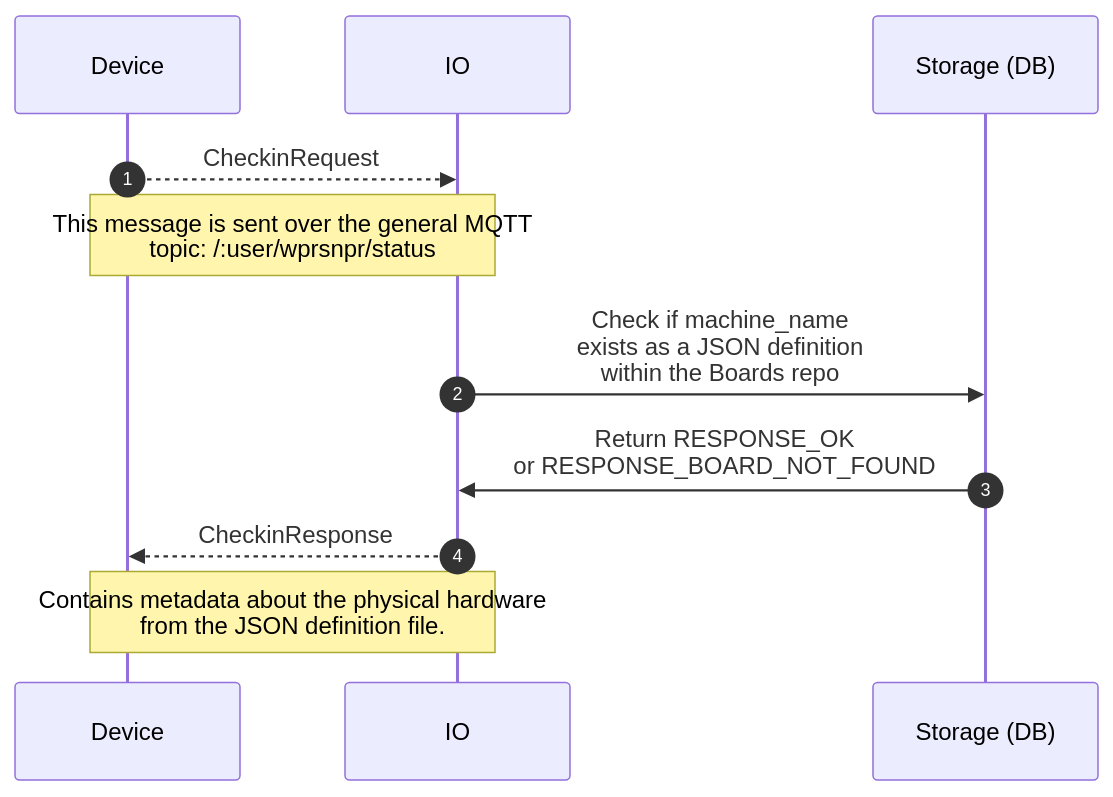
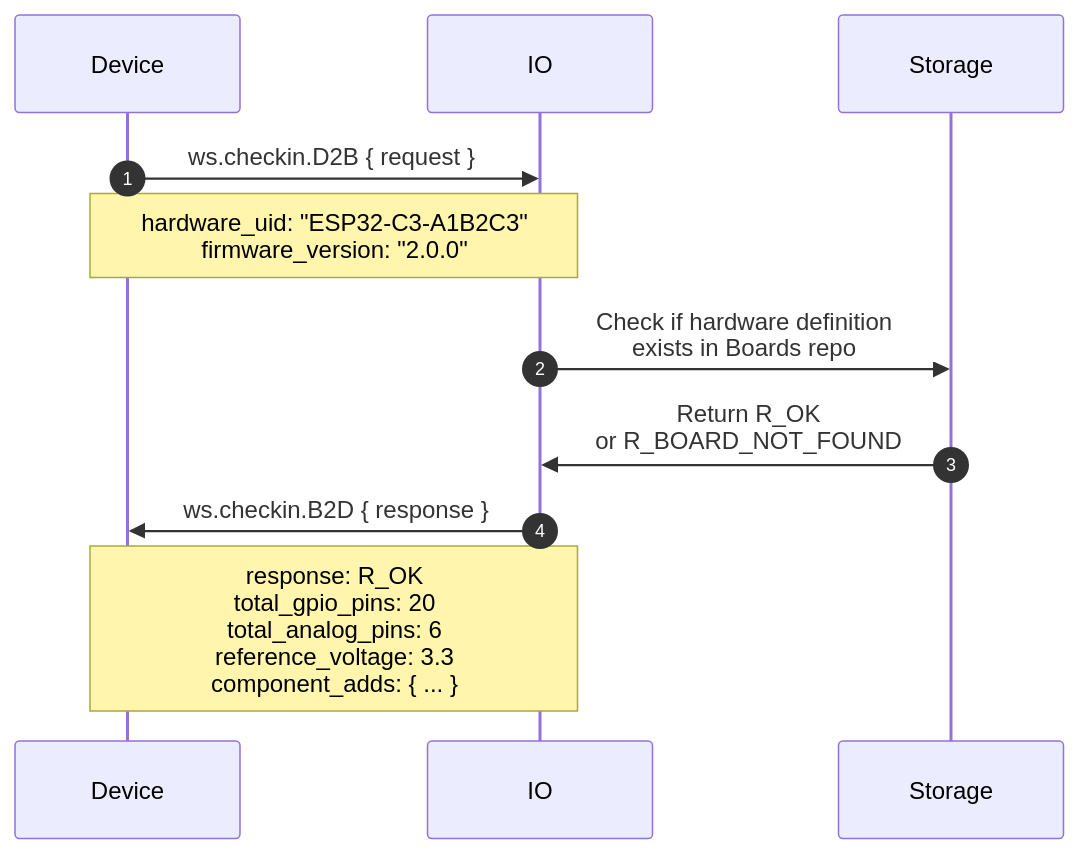
Before and after one commit to adafruit/Wippersnapper_Protobuf: the first of 3 diagrams in proto/wippersnapper/docs/checkin.md, drawn with Mermaid. The commit also changed other lines of this file and 10 other files, not shown here.

````diff
--- a/proto/wippersnapper/docs/checkin.md
+++ b/proto/wippersnapper/docs/checkin.md
@@ -16,13 +63,13 @@
 ```mermaid
-
 sequenceDiagram
-
 autonumber
 
-Device-->>IO: CheckinRequest
-Note over Device,IO: This message is sent over the general MQTT <br>topic: /:user/wprsnpr/status
-IO->>Storage (DB): Check if machine_name<br>exists as a JSON definition <br> within the Boards repo
-Storage (DB)->>IO: Return RESPONSE_OK<br>or RESPONSE_BOARD_NOT_FOUND
-IO-->>Device: CheckinResponse 
-Note over IO,Device: Contains metadata about the physical hardware<br>from the JSON definition file.
+Device->>IO: ws.checkin.D2B { request }
+Note over Device,IO: hardware_uid: "ESP32-C3-A1B2C3"<br/>firmware_version: "2.0.0"
+
+IO->>Storage: Check if hardware definition<br/>exists in Boards repo
+Storage->>IO: Return R_OK<br/>or R_BOARD_NOT_FOUND
+
+IO->>Device: ws.checkin.B2D { response }
+Note over IO,Device: response: R_OK<br/>total_gpio_pins: 20<br/>total_analog_pins: 6<br/>reference_voltage: 3.3<br/>component_adds: { ... }
 ```
````
